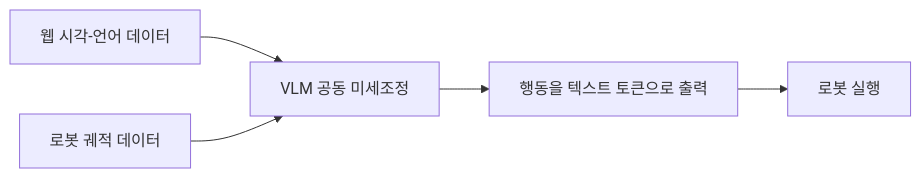
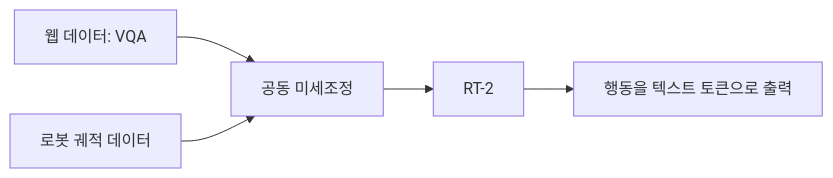
The first of 2 diagrams in articles/rt-2.md (wjdgks7178/ai-mindmap), drawn with Mermaid before and after one commit. The commit also changed other lines of this file and 2 other files, not shown here.

````diff
--- a/articles/rt-2.md
+++ b/articles/rt-2.md
@@ -16,7 +16,7 @@
 ```mermaid
 flowchart LR
-  W["웹 시각-언어 데이터"] --> M["VLM 공동 미세조정"]
-  R["로봇 궤적 데이터"] --> M
+  W["웹 데이터: VQA"] --> F["공동 미세조정"]
+  R["로봇 궤적 데이터"] --> F
+  F --> M["RT-2"]
   M --> A["행동을 텍스트 토큰으로 출력"]
-  A --> X["로봇 실행"]
 ```
````
